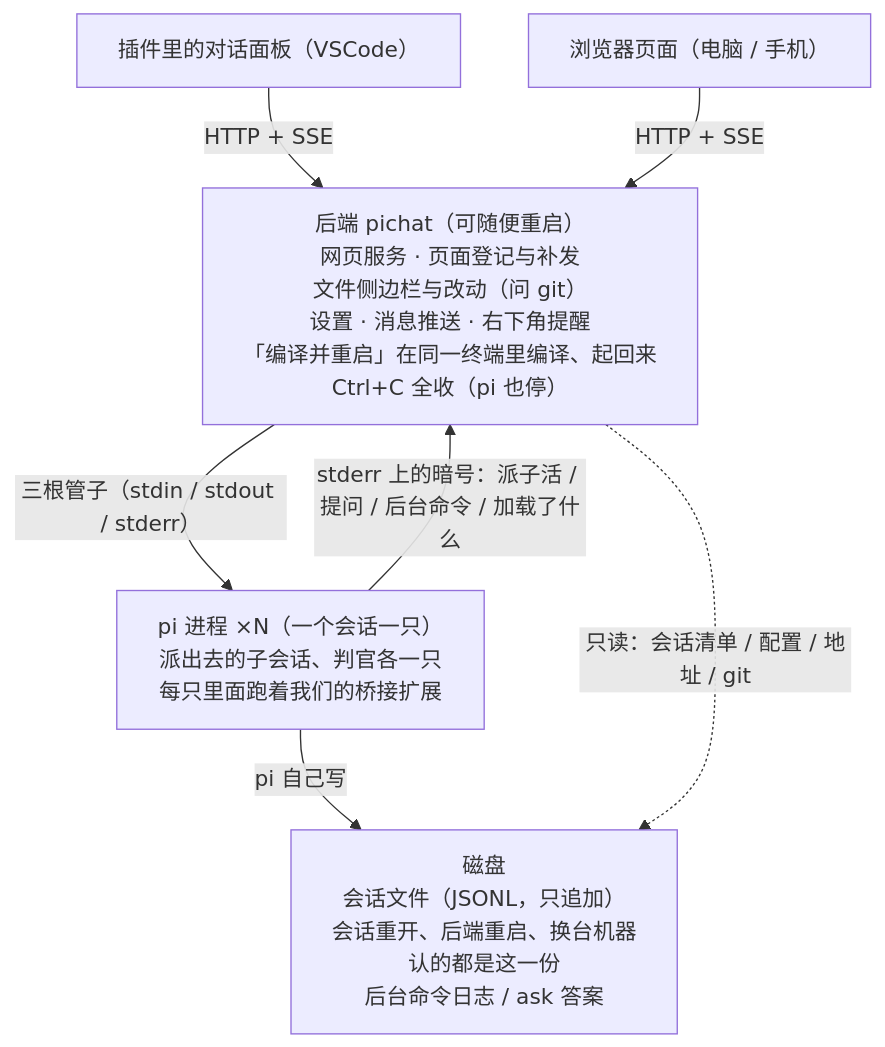
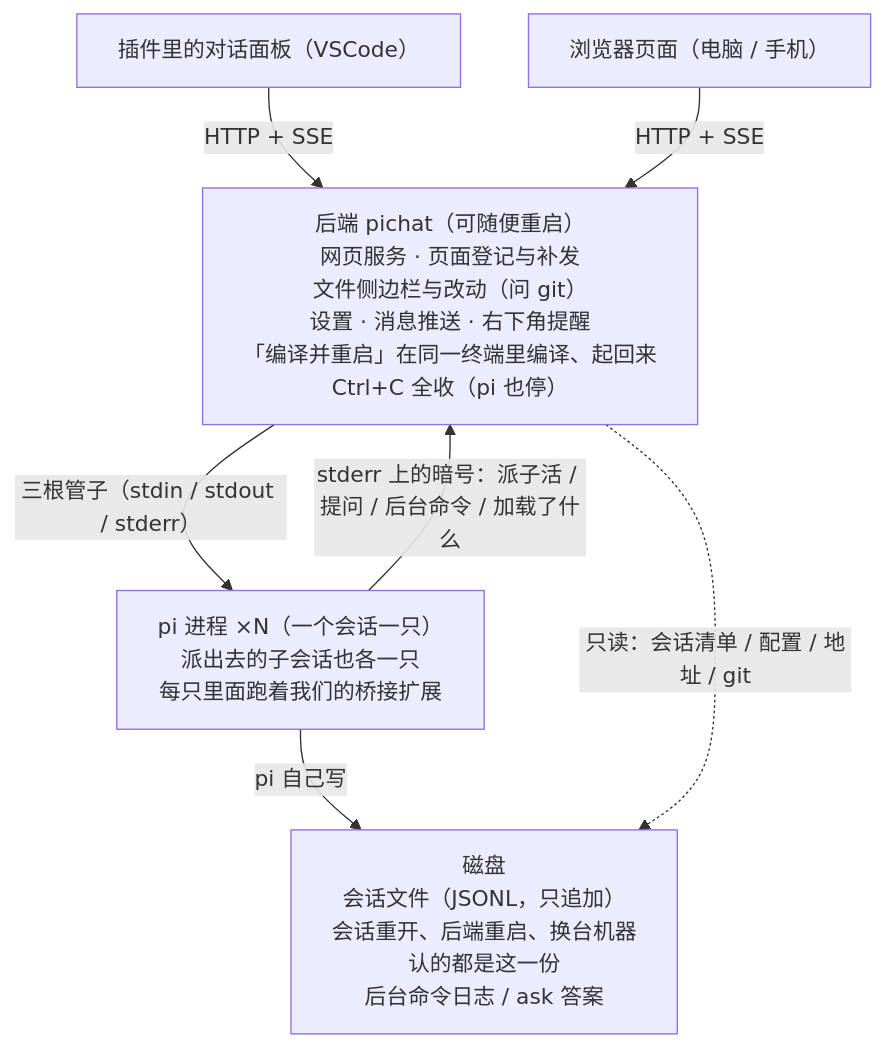
One commit to kexul/picode changed the diagram in README.md. Above: the diagram before and after it, drawn with Mermaid. The commit also changed 21 other files, not shown here.

````diff
--- a/README.md
+++ b/README.md
@@ -5,19 +5,19 @@
 ```mermaid
 %%{init: {"flowchart": {"wrappingWidth": 420}}}%%
 flowchart TD
     Panel["插件里的对话面板（VSCode）"]
     Page["浏览器页面（电脑 / 手机）"]
 
     Backend["后端 pichat（可随便重启）<br/>网页服务 · 页面登记与补发<br/>文件侧边栏与改动（问 git）<br/>设置 · 消息推送 · 右下角提醒<br/>「编译并重启」在同一终端里编译、起回来<br/>Ctrl+C 全收（pi 也停）"]
 
-    Pi["pi 进程 ×N（一个会话一只）<br/>派出去的子会话、判官各一只<br/>每只里面跑着我们的桥接扩展"]
+    Pi["pi 进程 ×N（一个会话一只）<br/>派出去的子会话也各一只<br/>每只里面跑着我们的桥接扩展"]
 
     Disk["磁盘<br/>会话文件（JSONL，只追加）<br/>会话重开、后端重启、换台机器<br/>认的都是这一份<br/>后台命令日志 / ask 答案"]
 
     Panel -->|"HTTP + SSE"| Backend
     Page -->|"HTTP + SSE"| Backend
     Backend -->|"三根管子（stdin / stdout / stderr）"| Pi
     Pi -->|"stderr 上的暗号：派子活 / 提问 / 后台命令 / 加载了什么"| Backend
     Pi -->|"pi 自己写"| Disk
     Backend -.->|"只读：会话清单 / 配置 / 地址 / git"| Disk
 ```
````
